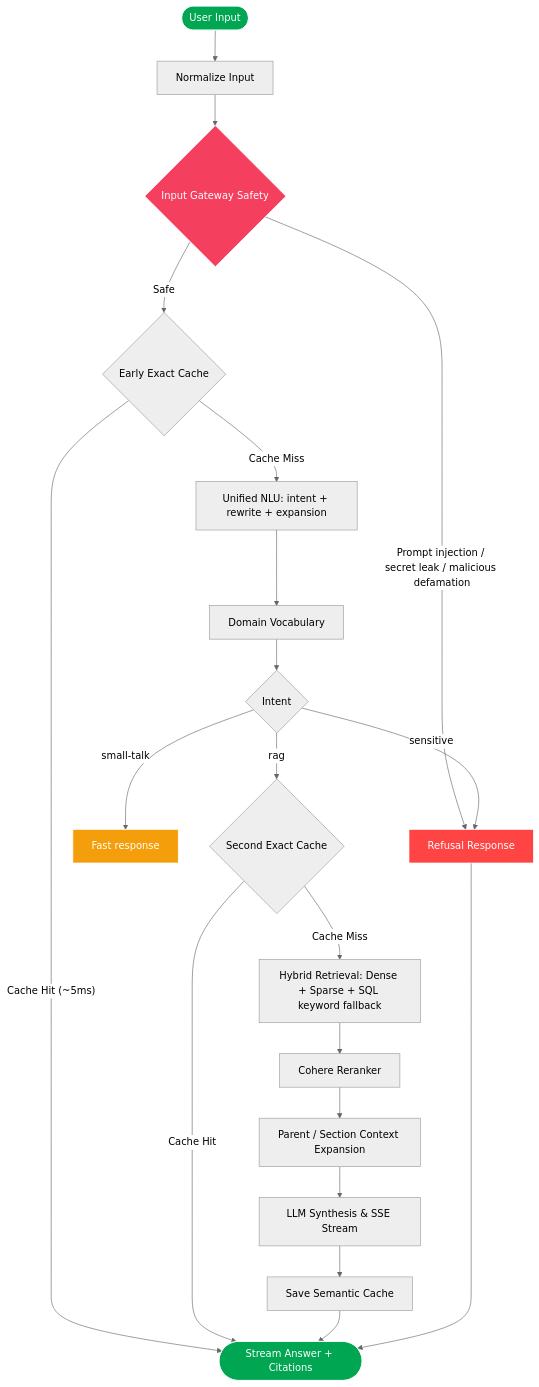
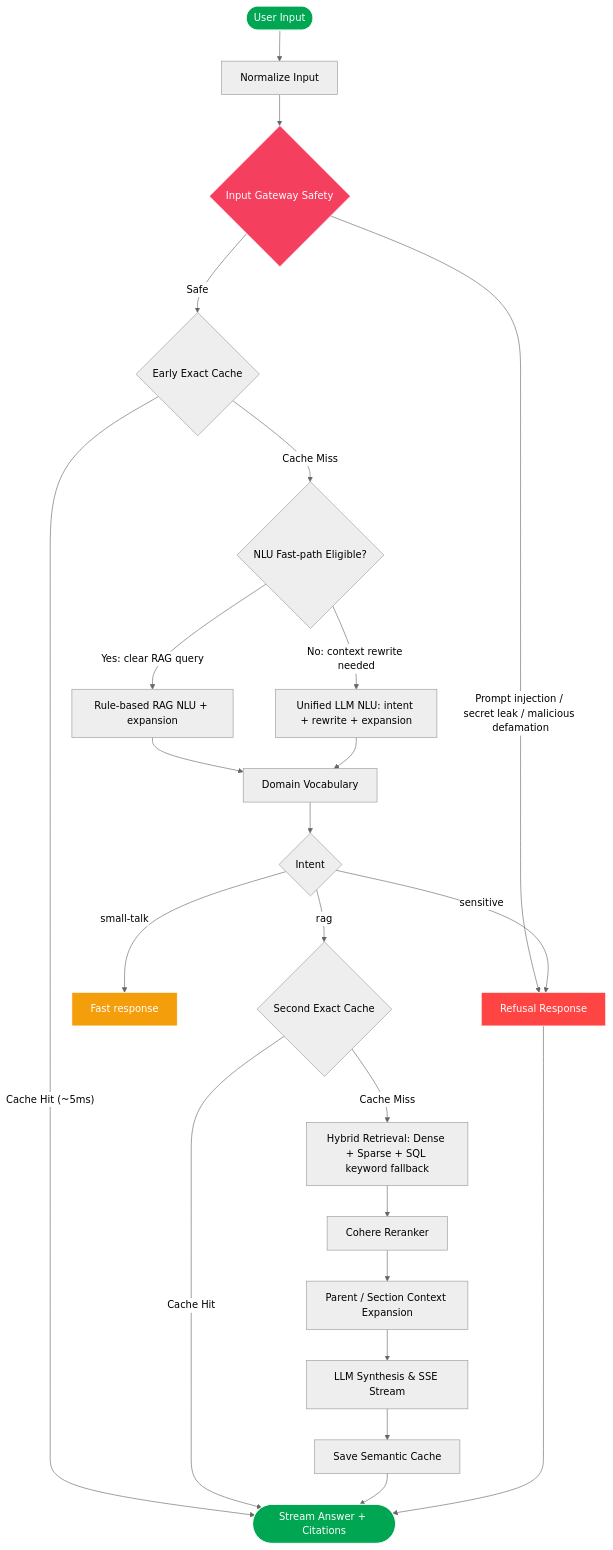
Before and after one commit to dungltcn272/XANH_SM_AI_ASSISTANT_V1: the diagram in README.md, drawn with Mermaid (neutral theme). The commit also changed other lines of this file and 11 other files, not shown here.

Commit message:
UPDATE PIPELINE NLU FAST_PATH

````diff
--- a/README.md
+++ b/README.md
@@ -101,32 +101,35 @@
 ```mermaid
 graph TD
     A([User Input]) --> N[Normalize Input]
     N --> B{Input Gateway Safety}
     B -- "Prompt injection / secret leak / malicious defamation" --> Block[Refusal Response]
     B -- "Safe" --> C{Early Exact Cache}
 
     C -- "Cache Hit (~5ms)" --> Out([Stream Answer + Citations])
-    C -- "Cache Miss" --> D[Unified NLU: intent + rewrite + expansion]
+    C -- "Cache Miss" --> D{NLU Fast-path Eligible?}
 
-    D --> DV[Domain Vocabulary]
+    D -- "Yes: clear RAG query" --> D1[Rule-based RAG NLU + expansion]
+    D -- "No: context rewrite needed" --> D2[Unified LLM NLU: intent + rewrite + expansion]
+    D1 --> DV[Domain Vocabulary]
+    D2 --> DV
     DV --> E{Intent}
     E -- "small-talk" --> Stalk[Fast response]
     E -- "sensitive" --> Block
     E -- "rag" --> F{Second Exact Cache}
 
     F -- "Cache Hit" --> Out
     F -- "Cache Miss" --> G[Hybrid Retrieval: Dense + Sparse + SQL keyword fallback]
 
     G --> H[Cohere Reranker]
     H --> I[Parent / Section Context Expansion]
     I --> K[LLM Synthesis & SSE Stream]
     K --> CacheSave[Save Semantic Cache]
     CacheSave --> Out
     Block --> Out
 
     style A fill:#00A651,stroke:#fff,color:#fff
     style Out fill:#00A651,stroke:#fff,color:#fff
     style Block fill:#ff4444,stroke:#fff,color:#fff
     style Stalk fill:#f59e0b,stroke:#fff,color:#fff
     style B fill:#f43f5e,stroke:#fff,color:#fff
 ```
````
